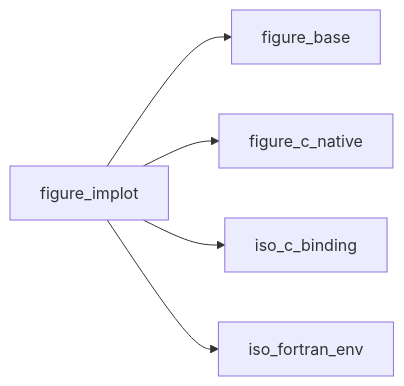
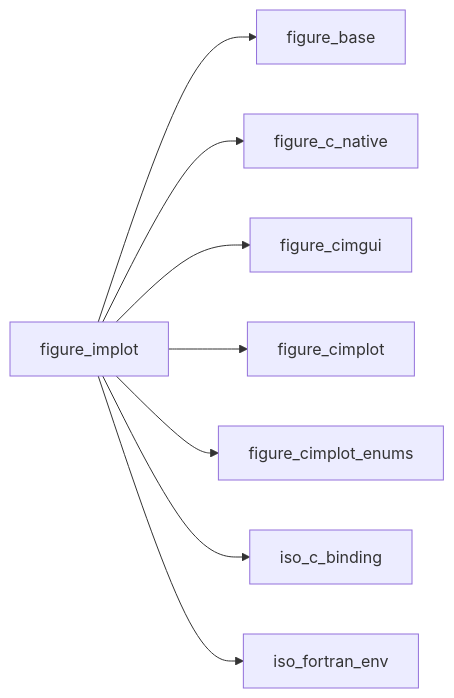
Before and after one commit to szaghi/figure: the first of 5 diagrams in docs/api/src/lib/figure_implot.md, drawn with Mermaid. The commit also changed 27 other files, not shown here.

````diff
--- a/docs/api/src/lib/figure_implot.md
+++ b/docs/api/src/lib/figure_implot.md
@@ -18,7 +18,10 @@
 ```mermaid
 graph LR
   figure_implot["figure_implot"] --> figure_base["figure_base"]
   figure_implot["figure_implot"] --> figure_c_native["figure_c_native"]
+  figure_implot["figure_implot"] --> figure_cimgui["figure_cimgui"]
+  figure_implot["figure_implot"] --> figure_cimplot["figure_cimplot"]
+  figure_implot["figure_implot"] --> figure_cimplot_enums["figure_cimplot_enums"]
   figure_implot["figure_implot"] --> iso_c_binding["iso_c_binding"]
   figure_implot["figure_implot"] --> iso_fortran_env["iso_fortran_env"]
 ```
````
